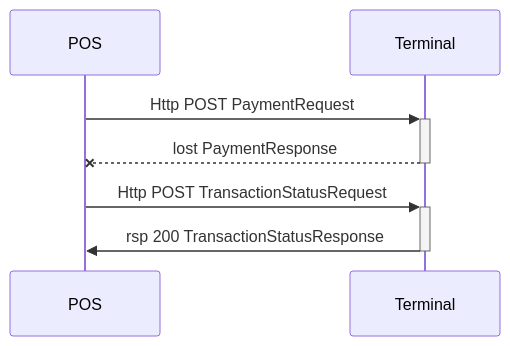
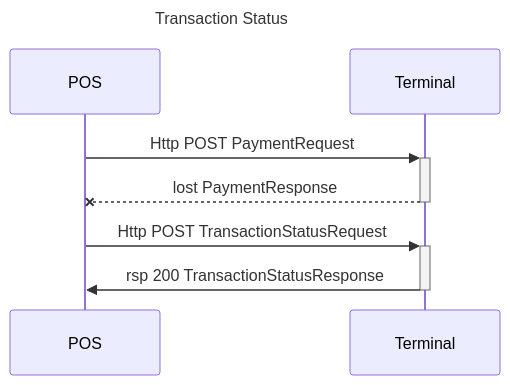
One commit to SwedbankPay/developer.swedbankpay.com changed the diagram in pax-terminal/Nexo-Retailer/Quick-guide/transactionstatus.md. Above: the diagram before and after it, drawn with Mermaid. The commit also changed other lines of this file and 66 other files, not shown here.

Commit message:
Added titles in sequence diagrams

````diff
--- a/pax-terminal/Nexo-Retailer/Quick-guide/transactionstatus.md
+++ b/pax-terminal/Nexo-Retailer/Quick-guide/transactionstatus.md
@@ -12,9 +12,10 @@
 ```mermaid
 sequenceDiagram
+title: Transaction Status
 participant POS
 participant Terminal
     POS->>+Terminal: Http POST PaymentRequest
     Terminal--x-POS: lost PaymentResponse
     POS->>+Terminal: Http POST TransactionStatusRequest
     Terminal->>-POS: rsp 200  TransactionStatusResponse
 ```
````
